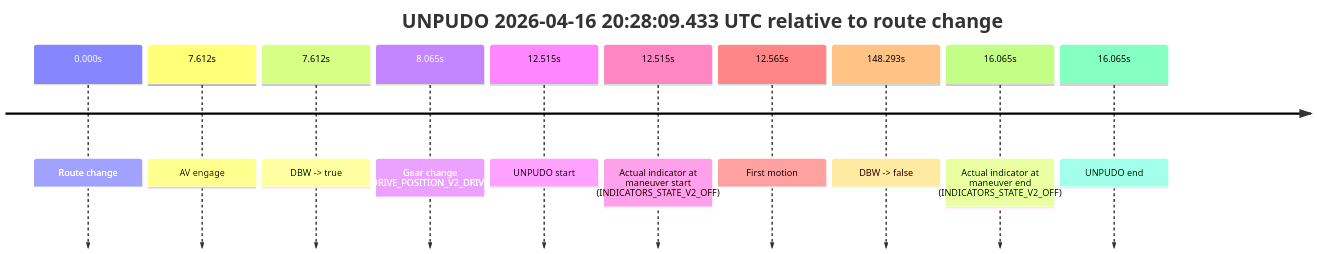
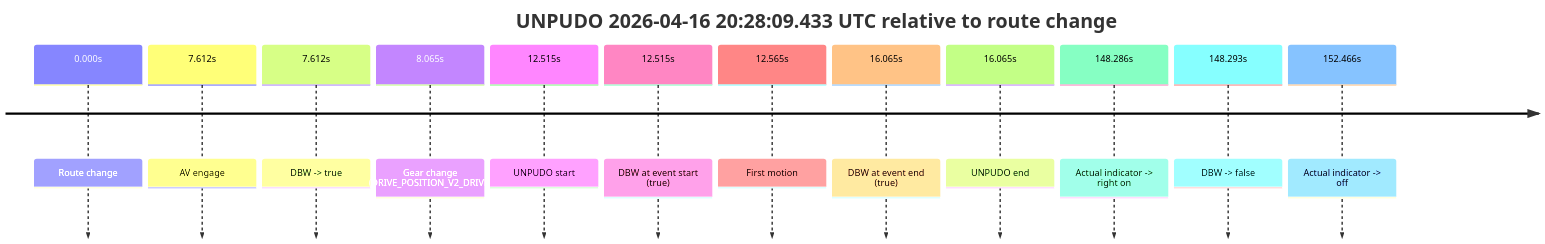
One commit to yoelshapiro/vault changed the first of 2 diagrams in model_analysis/report_cards/2026/04/Week-3/fme20009--2026-04-16--20-09-19--gen2-av-782eb400-dfda-4ff2-8eb6-747663e66bf4.md. Above: the diagram before and after it, drawn with Mermaid. The commit also changed other lines of this file and 32 other files, not shown here.

````diff
--- a/model_analysis/report_cards/2026/04/Week-3/fme20009--2026-04-16--20-09-19--gen2-av-782eb400-dfda-4ff2-8eb6-747663e66bf4.md
+++ b/model_analysis/report_cards/2026/04/Week-3/fme20009--2026-04-16--20-09-19--gen2-av-782eb400-dfda-4ff2-8eb6-747663e66bf4.md
@@ -43,14 +45,16 @@
 ```mermaid
 timeline
     title UNPUDO 2026-04-16 20:28:09.433 UTC relative to route change
     0.000s : Route change
     7.612s : AV engage
     7.612s : DBW -> true
     8.065s : Gear change (DRIVE_POSITION_V2_DRIVE)
     12.515s : UNPUDO start
-    12.515s : Actual indicator at maneuver start (INDICATORS_STATE_V2_OFF)
+    12.515s : DBW at event start (true)
     12.565s : First motion
+    16.065s : DBW at event end (true)
+    16.065s : UNPUDO end
+    148.286s : Actual indicator -> right on
     148.293s : DBW -> false
-    16.065s : Actual indicator at maneuver end (INDICATORS_STATE_V2_OFF)
-    16.065s : UNPUDO end
+    152.466s : Actual indicator -> off
 ```
````
